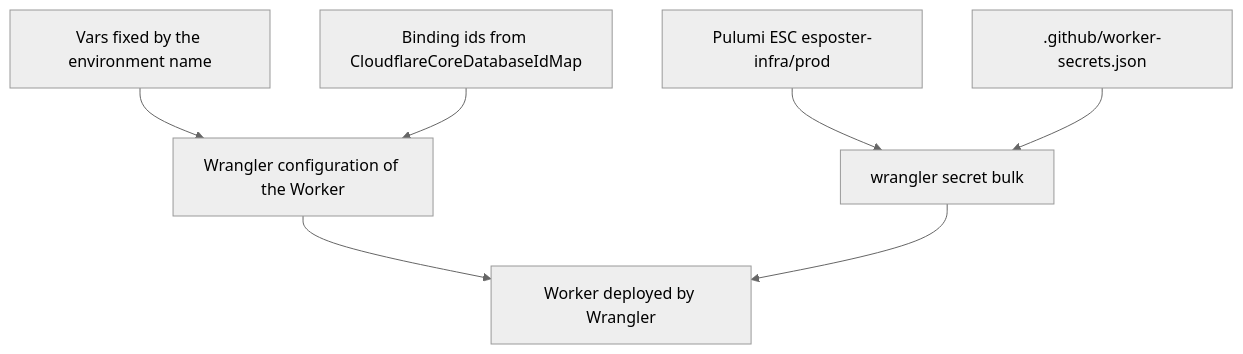
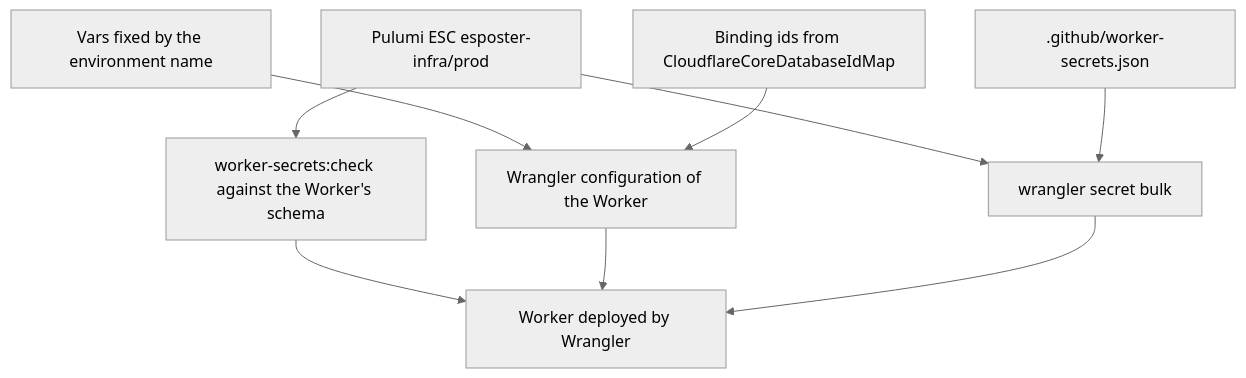
One commit to Esposter/Esposter changed the diagram in openspec/specs/infra/pulumi-source-of-truth/design.md. Above: the diagram before and after it, drawn with Mermaid (neutral theme). The commit also changed other lines of this file and 17 other files, not shown here.

````diff
--- a/openspec/specs/infra/pulumi-source-of-truth/design.md
+++ b/openspec/specs/infra/pulumi-source-of-truth/design.md
@@ -15,9 +15,10 @@
 ```mermaid
 flowchart TD
   vars["Vars fixed by the environment name"] --> config["Wrangler configuration of the Worker"]
   ids["Binding ids from CloudflareCoreDatabaseIdMap"] --> config
   esc["Pulumi ESC esposter-infra/prod"] --> bulk["wrangler secret bulk"]
   list[".github/worker-secrets.json"] --> bulk
+  esc --> check["worker-secrets:check against the Worker's schema"] --> worker
   config --> worker["Worker deployed by Wrangler"]
   bulk --> worker
 ```
````
